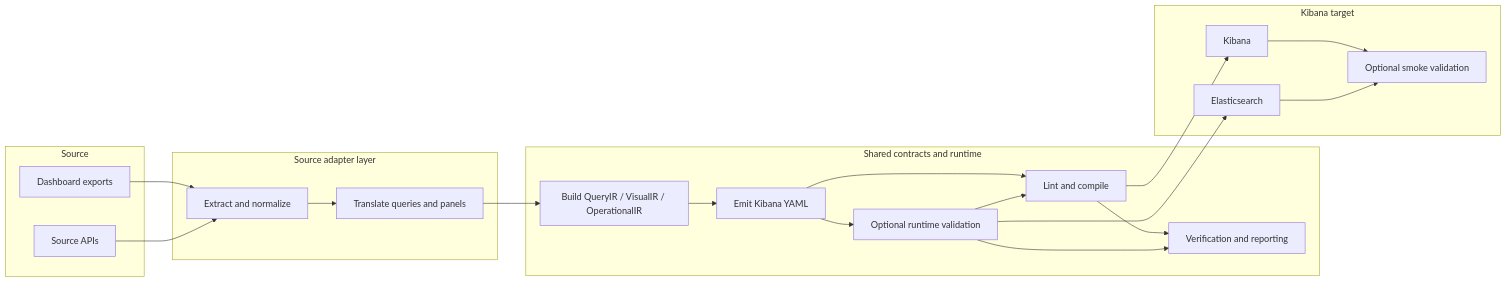
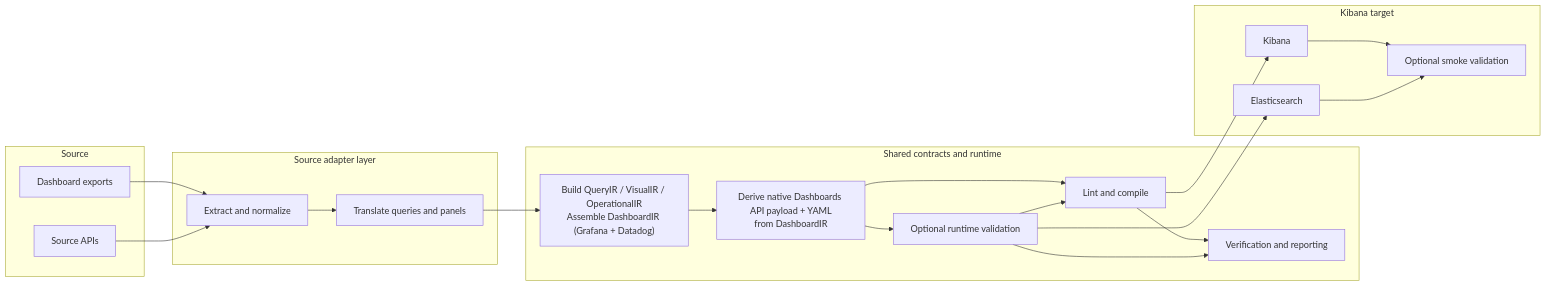
The diagram in docs/architecture.md (elastic/observability-migration-platform), drawn with Mermaid before and after one commit. The commit also changed other lines of this file and 154 other files, not shown here.

First line of the commit message:
feat: add native dashboard review artifacts (#291)

````diff
--- a/docs/architecture.md
+++ b/docs/architecture.md
@@ -56,41 +56,41 @@
 ```mermaid
 flowchart LR
     subgraph source [Source]
         files[Dashboard exports]
         api[Source APIs]
     end
 
     subgraph adapters [Source adapter layer]
         extract[Extract and normalize]
         translate[Translate queries and panels]
     end
 
     subgraph shared [Shared contracts and runtime]
-        ir[Build QueryIR / VisualIR / OperationalIR]
-        emit[Emit Kibana YAML]
+        ir["Build QueryIR / VisualIR / OperationalIR<br/>Assemble DashboardIR (Grafana + Datadog)"]
+        emit["Derive native Dashboards API payload + YAML<br/>from DashboardIR"]
         validate[Optional runtime validation]
         compile[Lint and compile]
         verify[Verification and reporting]
     end
 
     subgraph target [Kibana target]
         es[Elasticsearch]
         kb[Kibana]
         smoke[Optional smoke validation]
     end
 
     files --> extract
     api --> extract
     extract --> translate
     translate --> ir
     ir --> emit
     emit --> validate
     emit --> compile
     validate --> compile
     compile --> verify
     validate --> verify
     validate --> es
     compile --> kb
     kb --> smoke
     es --> smoke
 ```
````
